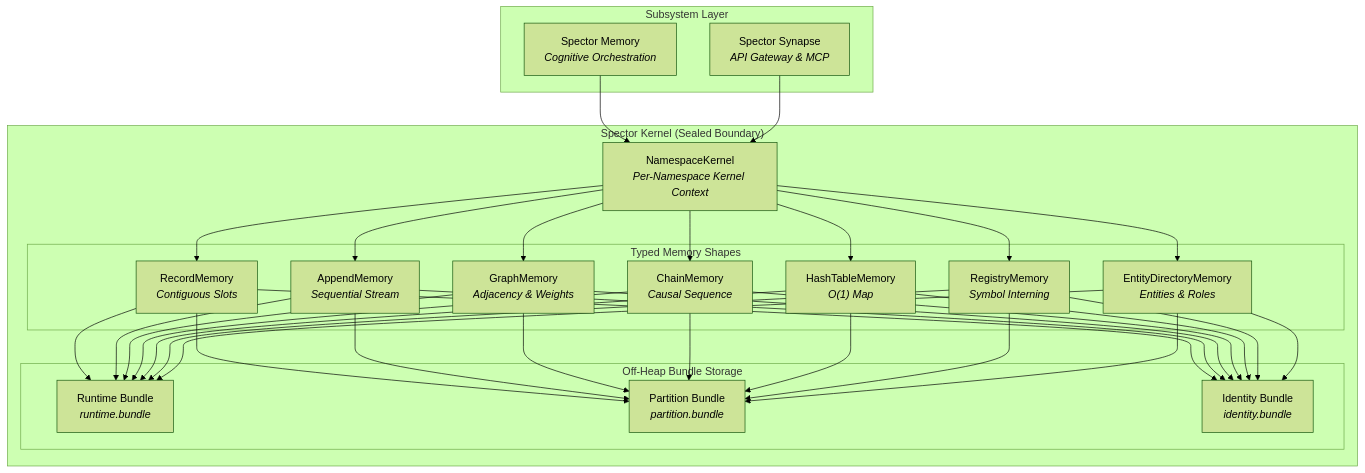
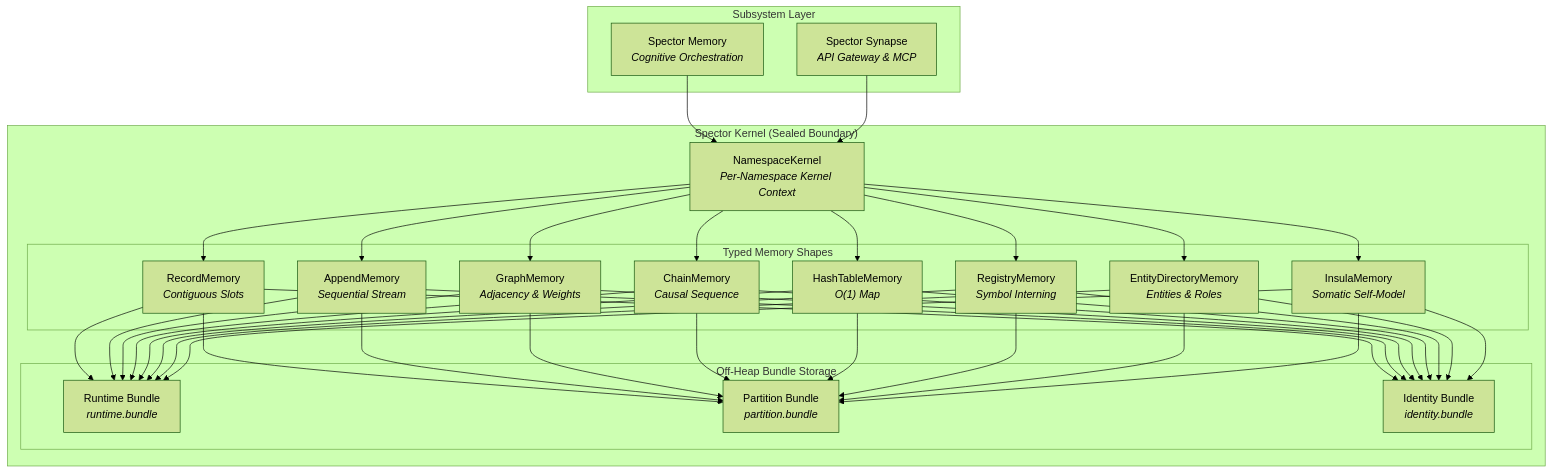
Before and after one commit to spectrayan/spector: the diagram in memory/spector-kernel/README.md, drawn with Mermaid (forest theme). The commit also changed other lines of this file and 6 other files, not shown here.

First line of the commit message:
docs(kernel): document InsulaMemory and decoupled identity plane hierarchy

````diff
--- a/memory/spector-kernel/README.md
+++ b/memory/spector-kernel/README.md
@@ -14,32 +14,33 @@
 ```mermaid
 graph TD
     subgraph "Subsystem Layer"
         SM["Spector Memory<br/><i>Cognitive Orchestration</i>"]
         SYN["Spector Synapse<br/><i>API Gateway & MCP</i>"]
     end
 
     subgraph "Spector Kernel (Sealed Boundary)"
         NK["NamespaceKernel<br/><i>Per-Namespace Kernel Context</i>"]
         
         subgraph "Typed Memory Shapes"
             RM["RecordMemory<br/><i>Contiguous Slots</i>"]
             AM["AppendMemory<br/><i>Sequential Stream</i>"]
             GM["GraphMemory<br/><i>Adjacency & Weights</i>"]
             CM["ChainMemory<br/><i>Causal Sequence</i>"]
             HM["HashTableMemory<br/><i>O(1) Map</i>"]
             YM["RegistryMemory<br/><i>Symbol Interning</i>"]
             EM["EntityDirectoryMemory<br/><i>Entities & Roles</i>"]
+            IM["InsulaMemory<br/><i>Somatic Self-Model</i>"]
         end
 
         subgraph "Off-Heap Bundle Storage"
             RB["Runtime Bundle<br/><i>runtime.bundle</i>"]
             PB["Partition Bundle<br/><i>partition.bundle</i>"]
             IB["Identity Bundle<br/><i>identity.bundle</i>"]
         end
     end
 
     SM --> NK
     SYN --> NK
-    NK --> RM & AM & GM & CM & HM & YM & EM
-    RM & AM & GM & CM & HM & YM & EM --> RB & PB & IB
+    NK --> RM & AM & GM & CM & HM & YM & EM & IM
+    RM & AM & GM & CM & HM & YM & EM & IM --> RB & PB & IB
 ```
````
